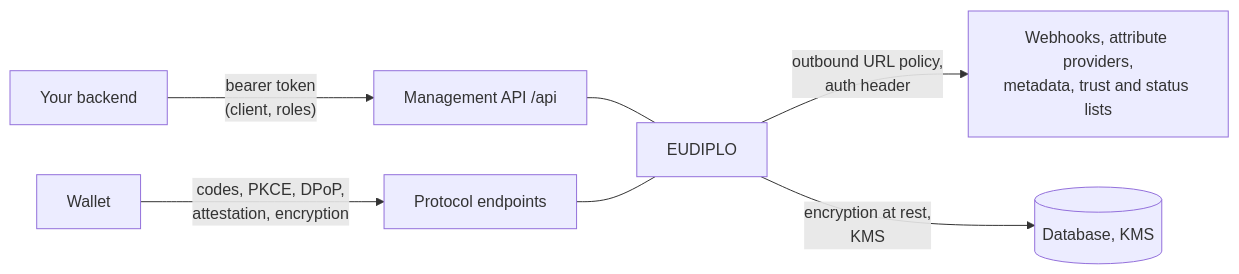
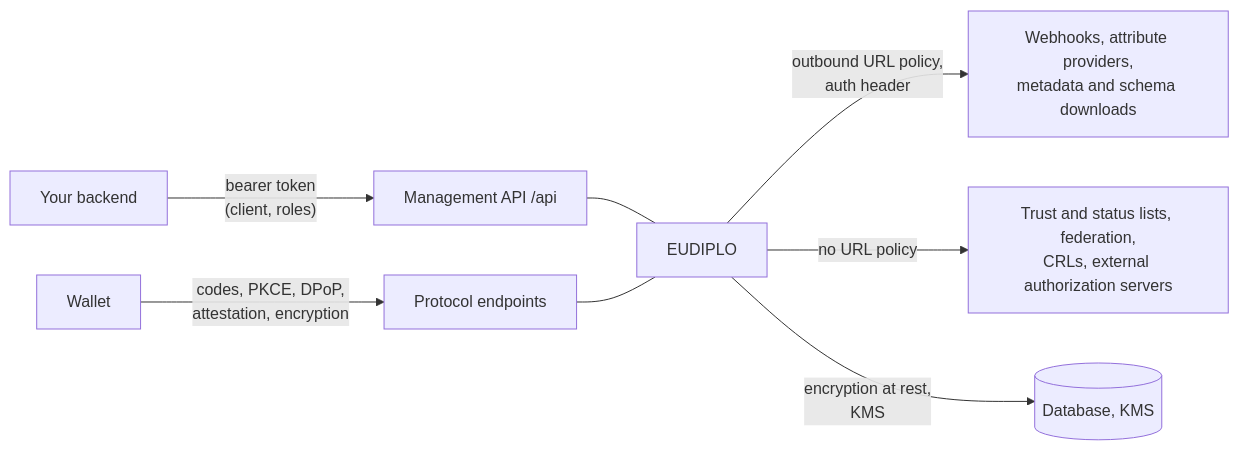
The diagram in apps/docs/docs/concepts/security-model.md (Cypher-CP0/eudiplo), drawn with Mermaid before and after one commit. The commit also changed other lines of this file and 4 other files, not shown here.

First line of the commit message:
docs(security): show which outbound requests the outbound URL policy covers (#1153)

````diff
--- a/apps/docs/docs/concepts/security-model.md
+++ b/apps/docs/docs/concepts/security-model.md
@@ -12,9 +12,10 @@
 ```mermaid
 flowchart LR
     BE[Your backend] -->|"bearer token<br/>(client, roles)"| API["Management API /api"]
     W[Wallet] -->|"codes, PKCE, DPoP,<br/>attestation, encryption"| P[Protocol endpoints]
-    E[EUDIPLO] -->|"outbound URL policy,<br/>auth header"| X["Webhooks, attribute providers,<br/>metadata, trust and status lists"]
+    E[EUDIPLO] -->|"outbound URL policy,<br/>auth header"| X["Webhooks, attribute providers,<br/>metadata and schema downloads"]
+    E -->|"no URL policy"| T["Trust and status lists, federation,<br/>CRLs, external authorization servers"]
     E -->|"encryption at rest,<br/>KMS"| S[(Database, KMS)]
     API --- E
     P --- E
 ```
````
